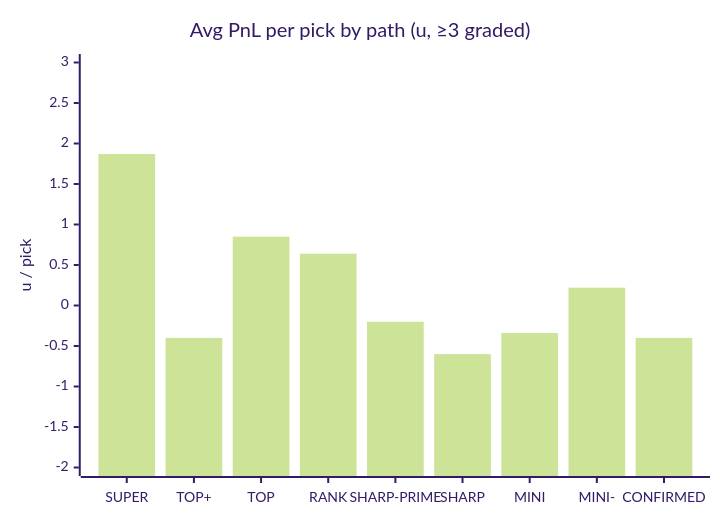
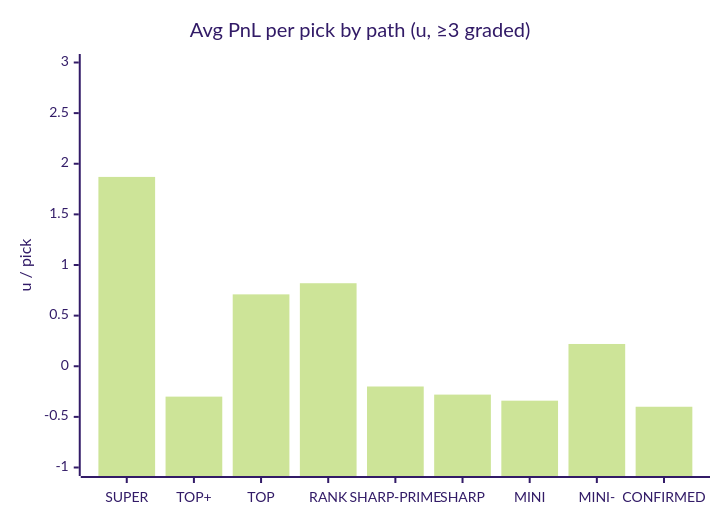
The third of 5 diagrams in DAILY_AGSU_REPORT.md (dpk1212/nhl-savant), drawn with Mermaid (forest theme) before and after one commit. The commit also changed other lines of this file, not shown here.

````diff
--- a/DAILY_AGSU_REPORT.md
+++ b/DAILY_AGSU_REPORT.md
@@ -340,7 +340,7 @@
 ```mermaid
 xychart-beta
     title "Avg PnL per pick by path (u, ≥3 graded)"
     x-axis ["SUPER", "TOP+", "TOP", "RANK", "SHARP-PRIME", "SHARP", "MINI", "MINI-", "CONFIRMED"]
-    y-axis "u / pick" -2 --> 3
-    bar [1.87, -0.4, 0.85, 0.64, -0.2, -0.6, -0.34, 0.22, -0.4]
+    y-axis "u / pick" -1 --> 3
+    bar [1.87, -0.3, 0.71, 0.82, -0.2, -0.28, -0.34, 0.22, -0.4]
 ```
````
